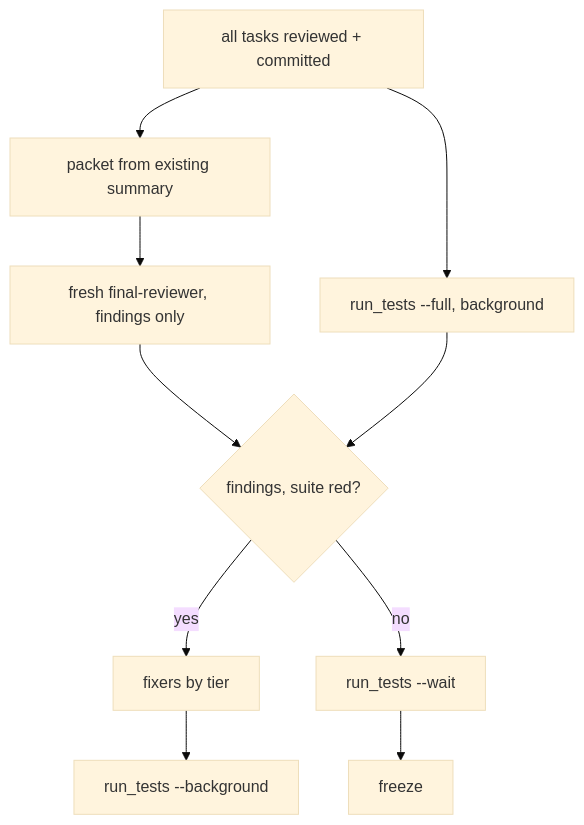
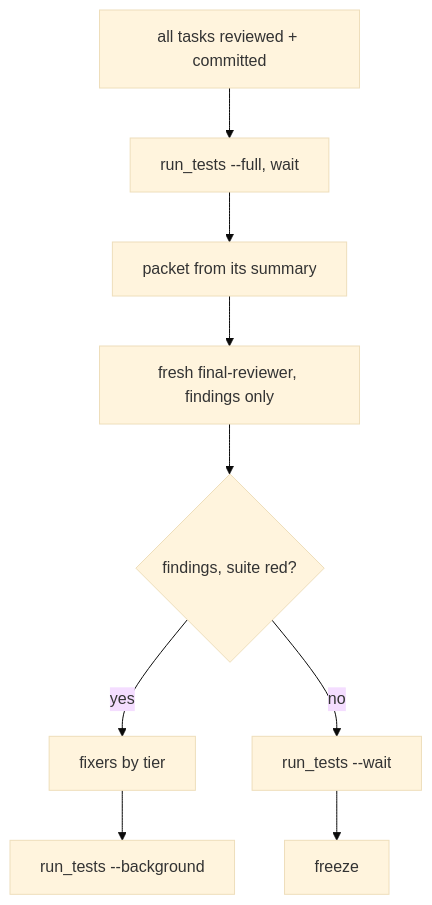
One commit to maxboettinger/superlite changed the third of 3 diagrams in skills/subagent-driven-development/SKILL.md. Above: the diagram before and after it, drawn with Mermaid (base theme). The commit also changed other lines of this file and 17 other files, not shown here.

First line of the commit message:
pt_review reads dotted class bases in Produces; SDD final review builds the packet after the full run; 1.5.109 (#453, #460) (#534)

````diff
--- a/skills/subagent-driven-development/SKILL.md
+++ b/skills/subagent-driven-development/SKILL.md
@@ -77,10 +77,9 @@
 ```mermaid
 flowchart TB
-  G[all tasks reviewed + committed] --> PK[packet from existing summary]
-  G --> ST[run_tests --full, background]
+  G[all tasks reviewed + committed] --> ST[run_tests --full, wait]
+  ST --> PK[packet from its summary]
   PK --> FR[fresh final-reviewer, findings only]
   FR --> V{findings, suite red?}
-  ST --> V
   V -- yes --> FX[fixers by tier] --> ST2[run_tests --background]
   V -- no --> W[run_tests --wait] --> Z[freeze]
 ```
````
